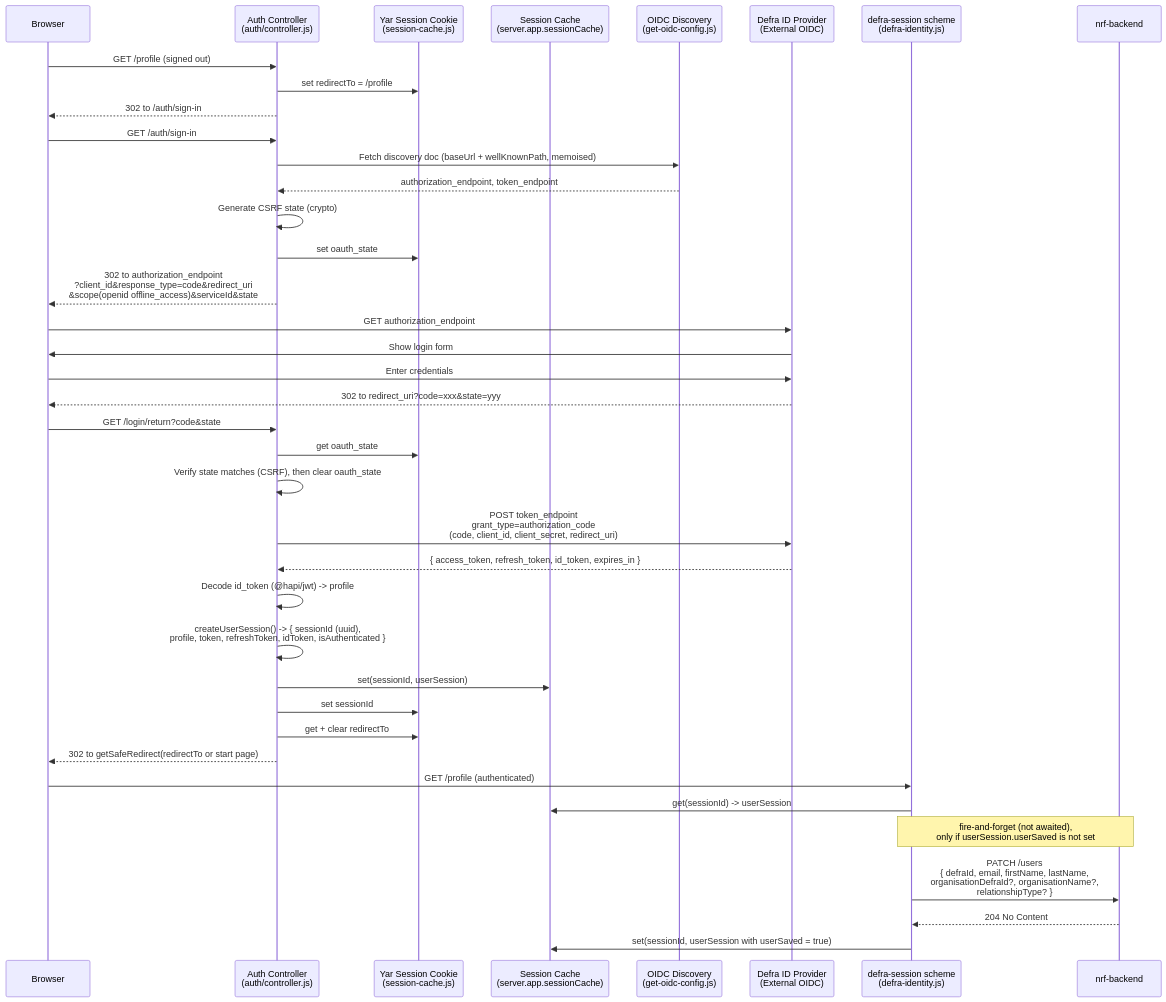
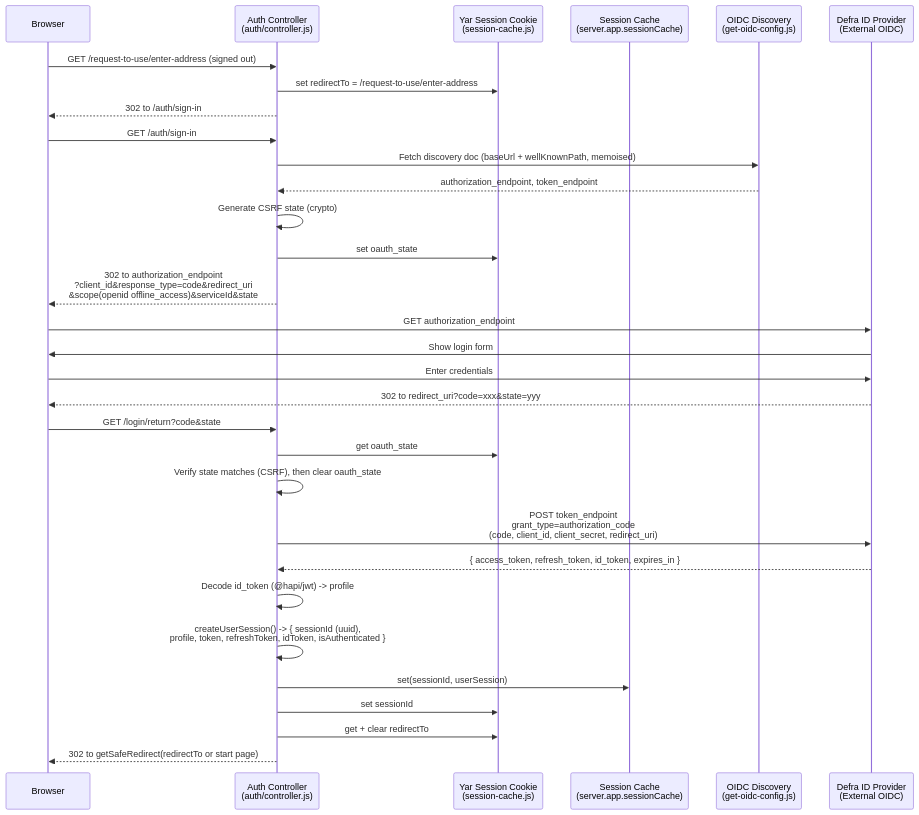
Before and after one commit to DEFRA/nrf-solution: the diagram in docs/features/authentication/defra-id/sign-in-flow.mermaid, drawn with Mermaid. The commit also changed 3 other files, not shown here.

Commit message:
NRF2-1350 - Document 5 minute expiry of the Defra ID submit check

```diff
--- a/docs/features/authentication/defra-id/sign-in-flow.mermaid
+++ b/docs/features/authentication/defra-id/sign-in-flow.mermaid
@@ -1,49 +1,39 @@
 sequenceDiagram
     participant Browser
     participant Ctrl as Auth Controller<br/>(auth/controller.js)
     participant Yar as Yar Session Cookie<br/>(session-cache.js)
     participant Cache as Session Cache<br/>(server.app.sessionCache)
     participant OIDC as OIDC Discovery<br/>(get-oidc-config.js)
     participant DefraID as Defra ID Provider<br/>(External OIDC)
-    participant Strategy as defra-session scheme<br/>(defra-identity.js)
-    participant Backend as nrf-backend
 
     %% Signed-out GET for a protected route (redirect-to-sign-in.js onPreHandler)
-    Browser->>Ctrl: GET /profile (signed out)
-    Ctrl->>Yar: set redirectTo = /profile
+    Browser->>Ctrl: GET /request-to-use/enter-address (signed out)
+    Ctrl->>Yar: set redirectTo = /request-to-use/enter-address
     Ctrl-->>Browser: 302 to /auth/sign-in
 
     %% Start OAuth (hand-rolled authorize redirect)
     Browser->>Ctrl: GET /auth/sign-in
     Ctrl->>OIDC: Fetch discovery doc (baseUrl + wellKnownPath, memoised)
     OIDC-->>Ctrl: authorization_endpoint, token_endpoint
     Ctrl->>Ctrl: Generate CSRF state (crypto)
     Ctrl->>Yar: set oauth_state
     Ctrl-->>Browser: 302 to authorization_endpoint<br/>?client_id&response_type=code&redirect_uri<br/>&scope(openid offline_access)&serviceId&state
     Browser->>DefraID: GET authorization_endpoint
 
     %% External authentication
     DefraID->>Browser: Show login form
     Browser->>DefraID: Enter credentials
     DefraID-->>Browser: 302 to redirect_uri?code=xxx&state=yyy
 
     %% Callback
     Browser->>Ctrl: GET /login/return?code&state
     Ctrl->>Yar: get oauth_state
     Ctrl->>Ctrl: Verify state matches (CSRF), then clear oauth_state
     Ctrl->>DefraID: POST token_endpoint<br/>grant_type=authorization_code<br/>(code, client_id, client_secret, redirect_uri)
     DefraID-->>Ctrl: { access_token, refresh_token, id_token, expires_in }
     Ctrl->>Ctrl: Decode id_token (@hapi/jwt) -> profile
     Ctrl->>Ctrl: createUserSession() -> { sessionId (uuid),<br/>profile, token, refreshToken, idToken, isAuthenticated }
     Ctrl->>Cache: set(sessionId, userSession)
     Ctrl->>Yar: set sessionId
     Ctrl->>Yar: get + clear redirectTo
     Ctrl-->>Browser: 302 to getSafeRedirect(redirectTo or start page)
-
-    %% First authenticated request after sign-in (defra-identity.js authenticate)
-    Browser->>Strategy: GET /profile (authenticated)
-    Strategy->>Cache: get(sessionId) -> userSession
-    Note over Strategy,Backend: fire-and-forget (not awaited),<br/>only if userSession.userSaved is not set
-    Strategy->>Backend: PATCH /users<br/>{ defraId, email, firstName, lastName,<br/>organisationDefraId?, organisationName?,<br/>relationshipType? }
-    Backend-->>Strategy: 204 No Content
-    Strategy->>Cache: set(sessionId, userSession with userSaved = true)
```
